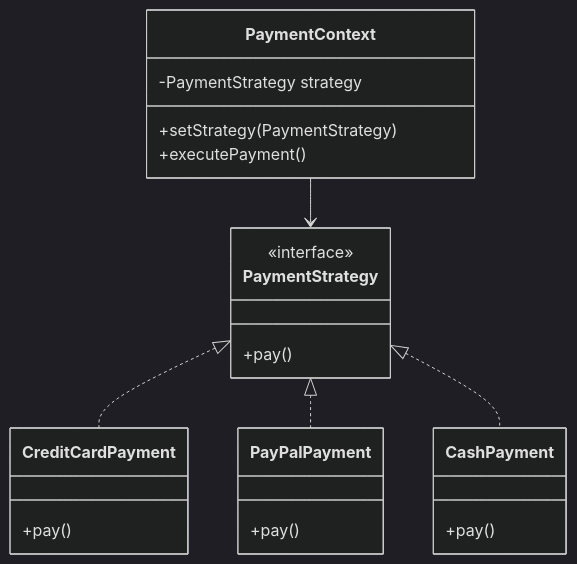
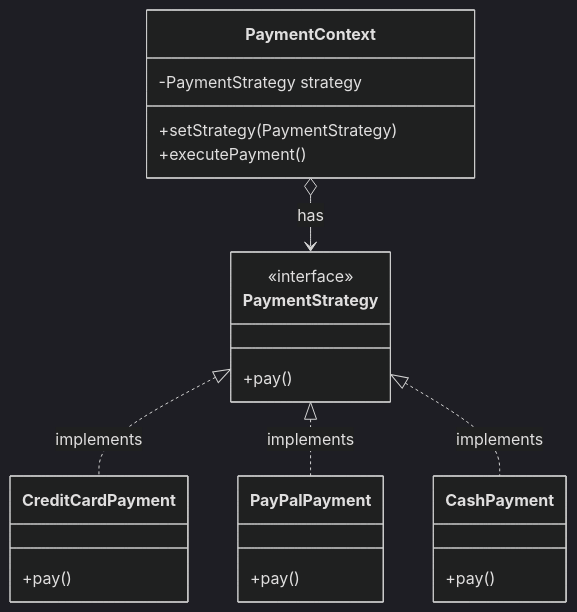
Before and after one commit to TechFille006/OOP: the first of 8 diagrams in design_patterns.md, drawn with Mermaid (dark theme). The commit also changed other lines of this file, not shown here.

````diff
--- a/design_patterns.md
+++ b/design_patterns.md
@@ -11,25 +11,25 @@
 ```mermaid
 classDiagram
     class PaymentContext {
         -PaymentStrategy strategy
         +setStrategy(PaymentStrategy)
         +executePayment()
     }
     class PaymentStrategy {
         <<interface>>
         +pay()
     }
     class CreditCardPayment {
         +pay()
     }
     class PayPalPayment {
         +pay()
     }
     class CashPayment {
         +pay()
     }
-    PaymentStrategy <|.. CreditCardPayment
-    PaymentStrategy <|.. PayPalPayment
-    PaymentStrategy <|.. CashPayment
-    PaymentContext --> PaymentStrategy
+    PaymentStrategy <|.. CreditCardPayment : implements
+    PaymentStrategy <|.. PayPalPayment : implements
+    PaymentStrategy <|.. CashPayment : implements
+    PaymentContext o--> PaymentStrategy : has
 ```
````
